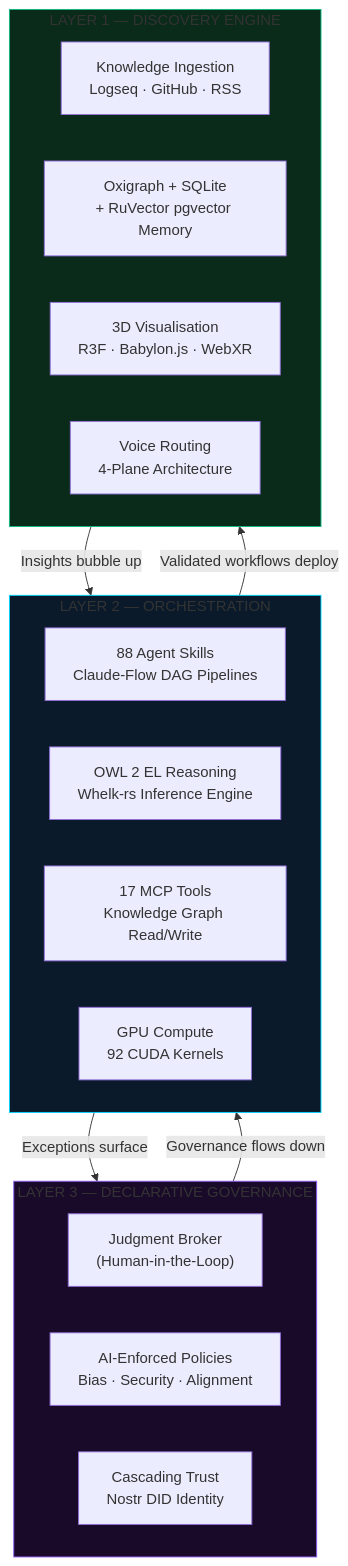
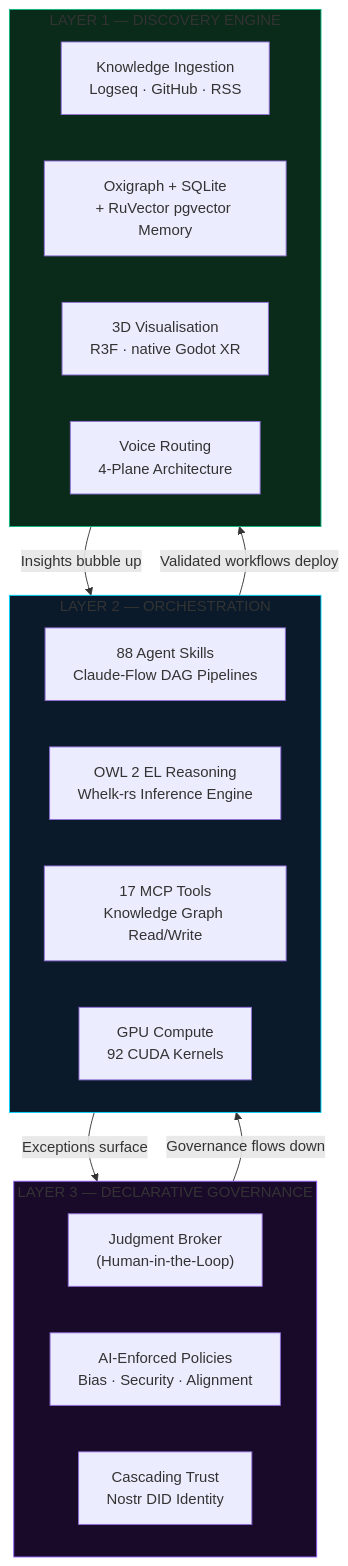
The first of 4 diagrams in README.md (DreamLab-AI/AR-AI-Knowledge-Graph), drawn with Mermaid before and after one commit. The commit also changed other lines of this file and 64 other files, not shown here.

````diff
--- a/README.md
+++ b/README.md
@@ -112,31 +112,31 @@
 ```mermaid
 flowchart TB
     subgraph Layer3["LAYER 3 — DECLARATIVE GOVERNANCE"]
         JB["Judgment Broker\n(Human-in-the-Loop)"]
         Policy["AI-Enforced Policies\nBias · Security · Alignment"]
         Trust["Cascading Trust\nNostr DID Identity"]
     end
 
     subgraph Layer2["LAYER 2 — ORCHESTRATION"]
         Skills["88 Agent Skills\nClaude-Flow DAG Pipelines"]
         Ontology["OWL 2 EL Reasoning\nWhelk-rs Inference Engine"]
         MCP["17 MCP Tools\nKnowledge Graph Read/Write"]
         GPU["GPU Compute\n92 CUDA Kernels"]
     end
 
     subgraph Layer1["LAYER 1 — DISCOVERY ENGINE"]
         Ingest["Knowledge Ingestion\nLogseq · GitHub · RSS"]
         Graph["Oxigraph + SQLite\n+ RuVector pgvector Memory"]
-        Viz["3D Visualisation\nR3F · Babylon.js · WebXR"]
+        Viz["3D Visualisation\nR3F · native Godot XR"]
         Voice["Voice Routing\n4-Plane Architecture"]
     end
 
     Layer1 -->|"Insights bubble up"| Layer2
     Layer2 -->|"Exceptions surface"| Layer3
     Layer3 -->|"Governance flows down"| Layer2
     Layer2 -->|"Validated workflows deploy"| Layer1
 
     style Layer3 fill:#1A0A2A,stroke:#8B5CF6
     style Layer2 fill:#0A1A2A,stroke:#00D4FF
     style Layer1 fill:#0A2A1A,stroke:#10B981
 ```
````
